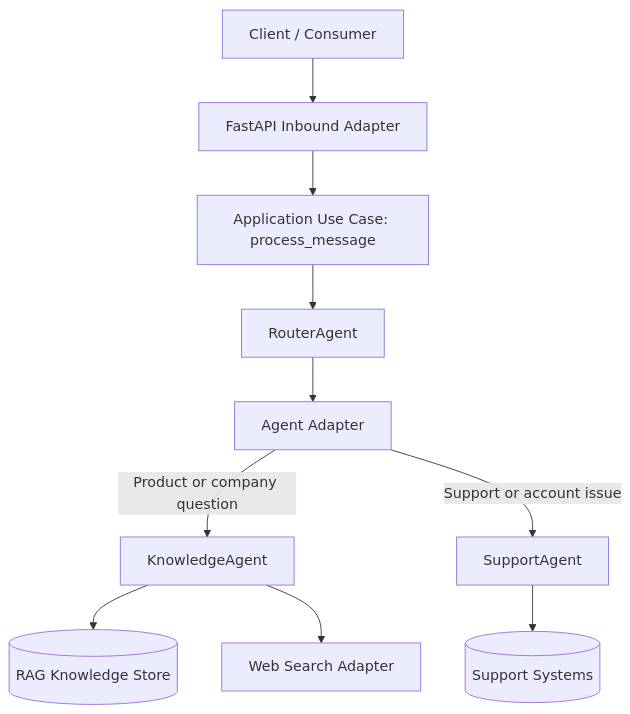
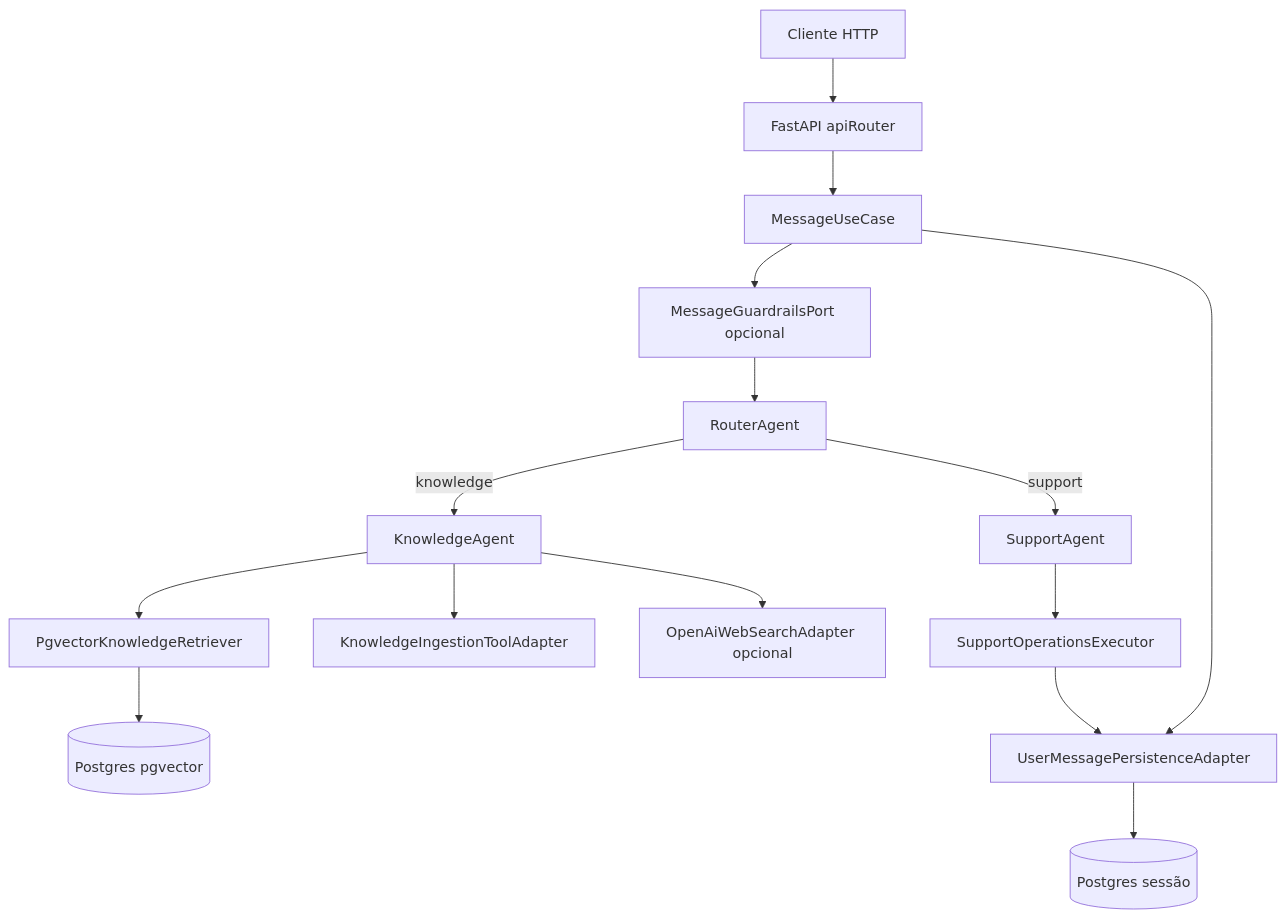
Before and after one commit to P-ASilva/Agent-Swarm-Backend: the diagram in README.md, drawn with Mermaid. The commit also changed other lines of this file and 2 other files, not shown here.

Commit message:
docs: refresh READMEs and CHANGELOG for support, swarm, and guardrails

````diff
--- a/README.md
+++ b/README.md
@@ -8,15 +7,17 @@
 ```mermaid
 flowchart TD
-    Client[Client / Consumer] --> API[FastAPI Inbound Adapter]
-    API --> UC[Application Use Case: process_message]
-    UC --> Router[RouterAgent]
-
-    Router --> Adapter[Agent Adapter]
-    Adapter -->|Product or company question| Knowledge[KnowledgeAgent]
-    Adapter -->|Support or account issue| Support[SupportAgent]
-
-    Knowledge --> KB[(RAG Knowledge Store)]
-    Knowledge --> WEB[Web Search Adapter]
-    Support --> SupportSystems[(Support Systems)]
-
+  Client[Cliente HTTP] --> API[FastAPI apiRouter]
+  API --> UC[MessageUseCase]
+  UC --> GR[MessageGuardrailsPort opcional]
+  GR --> R[RouterAgent]
+  R -->|knowledge| K[KnowledgeAgent]
+  R -->|support| S[SupportAgent]
+  K --> RET[PgvectorKnowledgeRetriever]
+  K --> ING[KnowledgeIngestionToolAdapter]
+  K --> WEB[OpenAiWebSearchAdapter opcional]
+  S --> EX[SupportOperationsExecutor]
+  EX --> PERM[UserMessagePersistenceAdapter]
+  UC --> PERM
+  RET --> RAG[(Postgres pgvector)]
+  PERM --> SESS[(Postgres sessão)]
 ```
````
